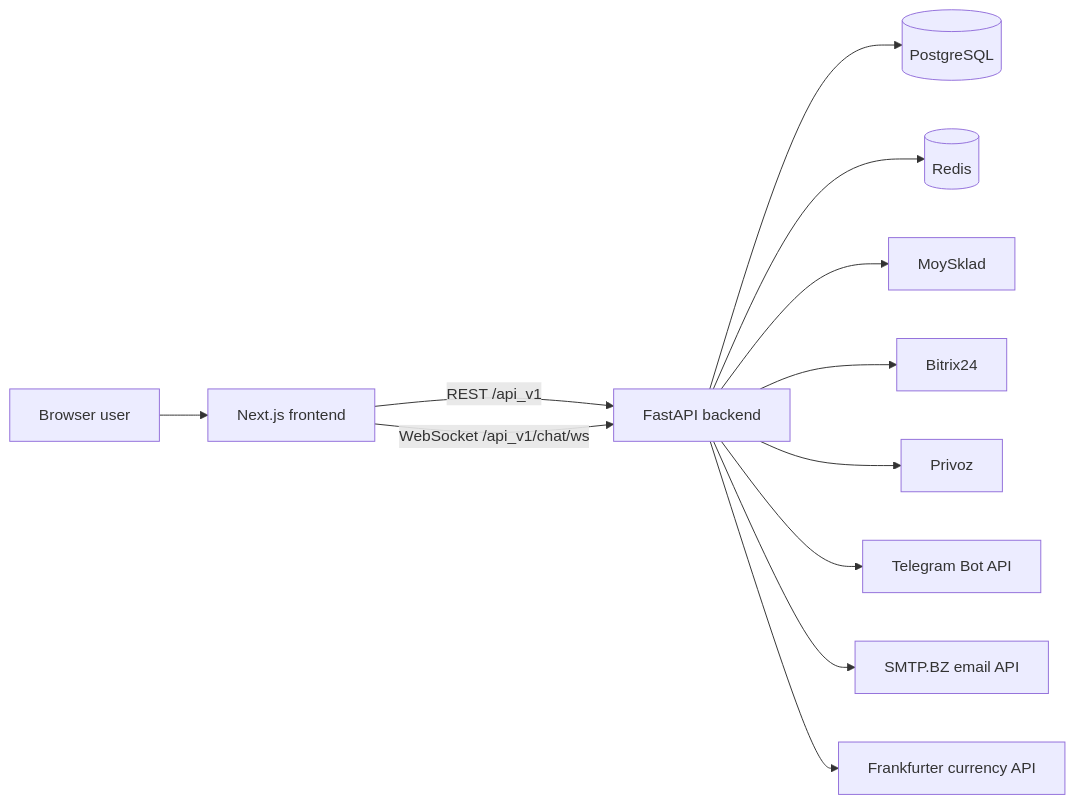
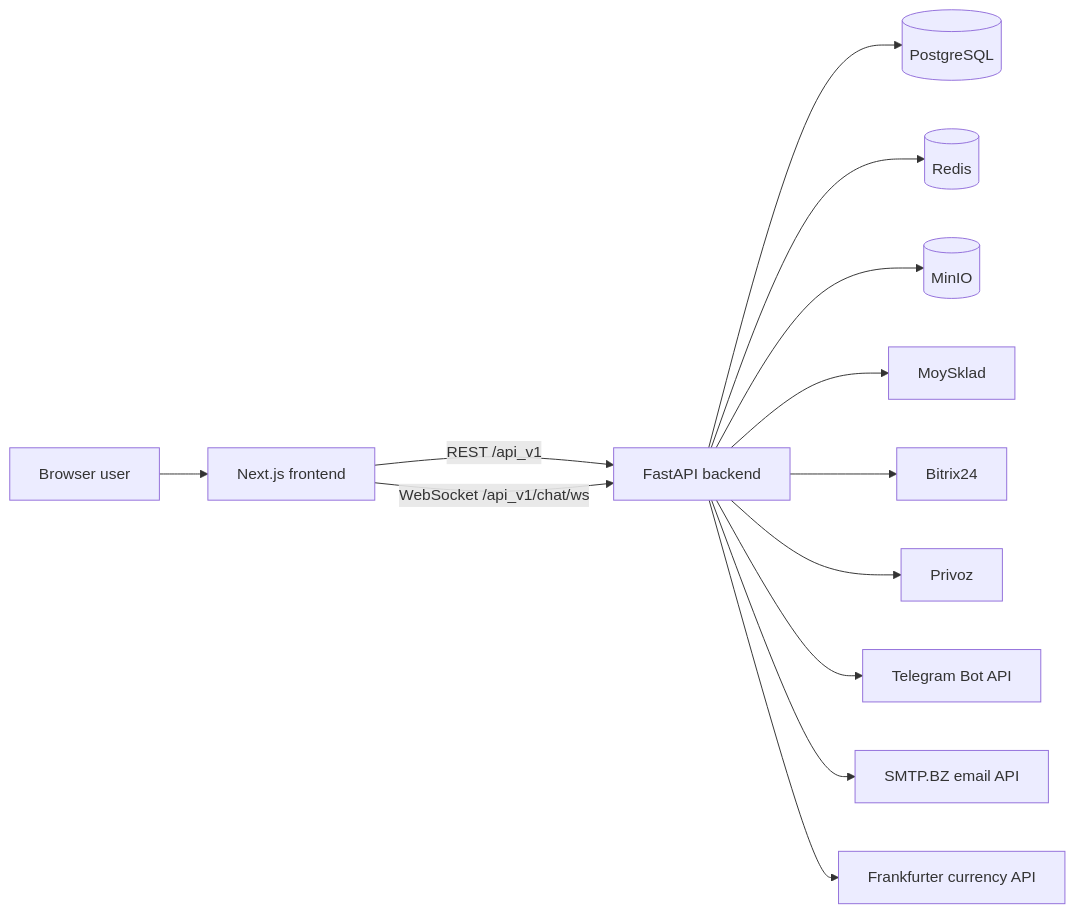
One commit to Sizlik/pix_backend changed the first of 2 diagrams in docs/ARCHITECTURE.md. Above: the diagram before and after it, drawn with Mermaid. The commit also changed other lines of this file and 8 other files, not shown here.

````diff
--- a/docs/ARCHITECTURE.md
+++ b/docs/ARCHITECTURE.md
@@ -5,14 +5,15 @@
 ```mermaid
 flowchart LR
     U["Browser user"] --> F["Next.js frontend"]
     F -->|"REST /api_v1"| A["FastAPI backend"]
     F -->|"WebSocket /api_v1/chat/ws"| A
     A --> P[("PostgreSQL")]
     A --> R[("Redis")]
+    A --> S[("MinIO")]
     A --> M["MoySklad"]
     A --> B["Bitrix24"]
     A --> V["Privoz"]
     A --> T["Telegram Bot API"]
     A --> E["SMTP.BZ email API"]
     A --> C["Frankfurter currency API"]
 ```
````
